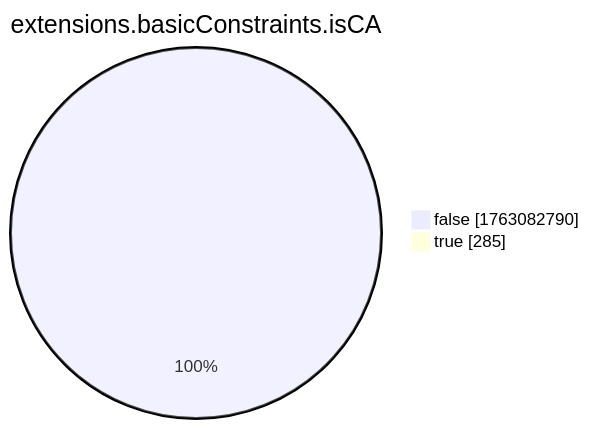
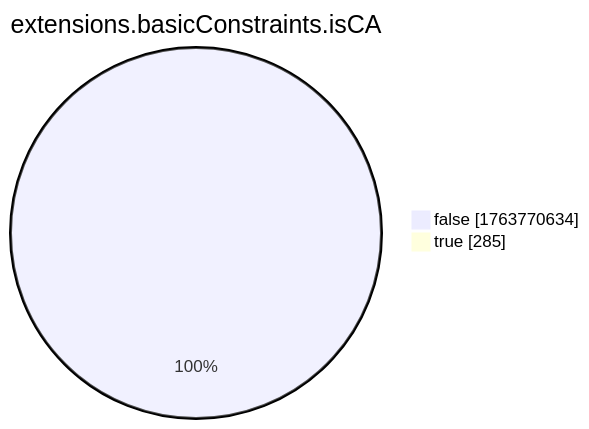
One commit to christiankrug/ctmonitor_visualization changed the eighth of 15 diagrams in xenon2022/README.md. Above: the diagram before and after it, drawn with Mermaid. The commit also changed other lines of this file, not shown here.

````diff
--- a/xenon2022/README.md
+++ b/xenon2022/README.md
@@ -2868,6 +2868,6 @@
 ```mermaid
 pie showData
 title extensions.basicConstraints.isCA
-"false" :1763082790
+"false" :1763770634
 "true" :285
 ```
````
